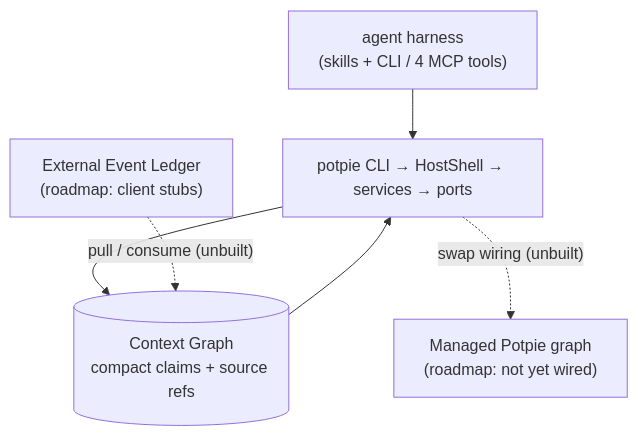
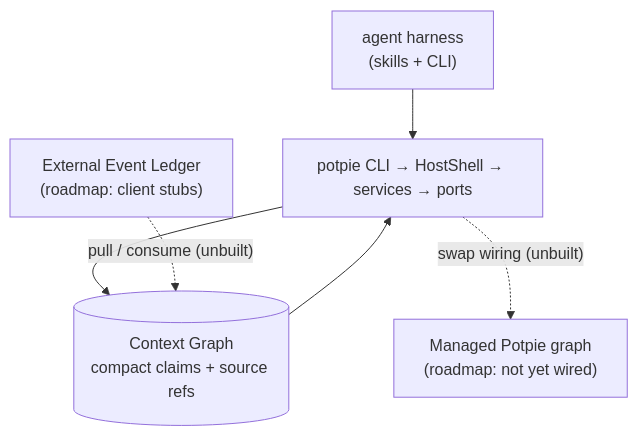
One commit to potpie-ai/potpie changed the second of 2 diagrams in docs/context-graph/vision.md. Above: the diagram before and after it, drawn with Mermaid. The commit also changed other lines of this file and 180 other files, not shown here.

````diff
--- a/docs/context-graph/vision.md
+++ b/docs/context-graph/vision.md
@@ -108,14 +100,14 @@
 ```mermaid
 flowchart TB
-  cg_agent["agent harness<br/>(skills + CLI / 4 MCP tools)"]
+  cg_agent["agent harness<br/>(skills + CLI)"]
   cg_cli["potpie CLI → HostShell → services → ports"]
   cg_graph[("Context Graph<br/>compact claims + source refs")]
   cg_managed["Managed Potpie graph<br/>(roadmap: not yet wired)"]
   cg_ledger["External Event Ledger<br/>(roadmap: client stubs)"]
 
   cg_agent --> cg_cli
   cg_cli --> cg_graph
   cg_graph --> cg_cli
   cg_cli -. "swap wiring (unbuilt)" .-> cg_managed
   cg_ledger -. "pull / consume (unbuilt)" .-> cg_graph
 ```
````
